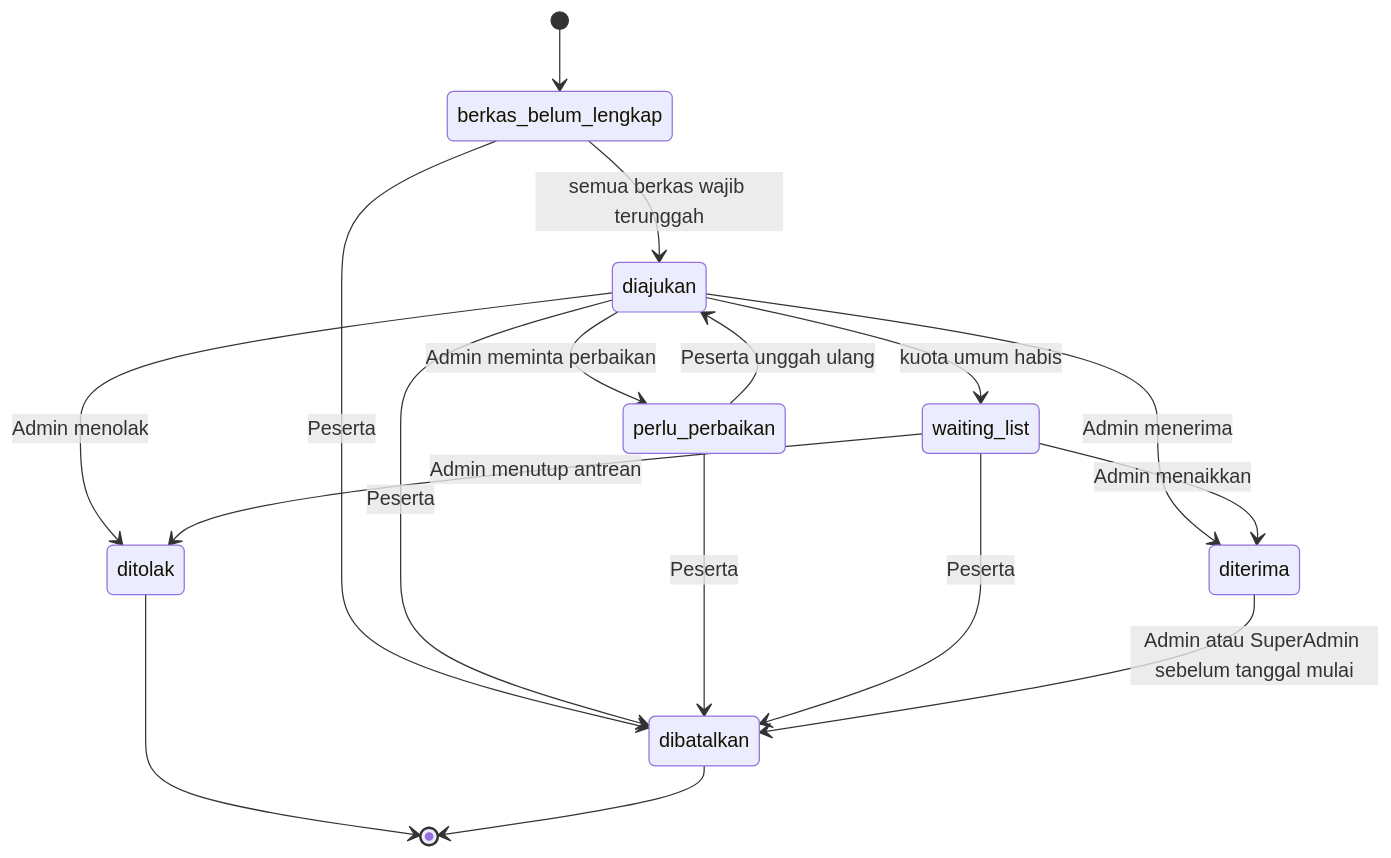
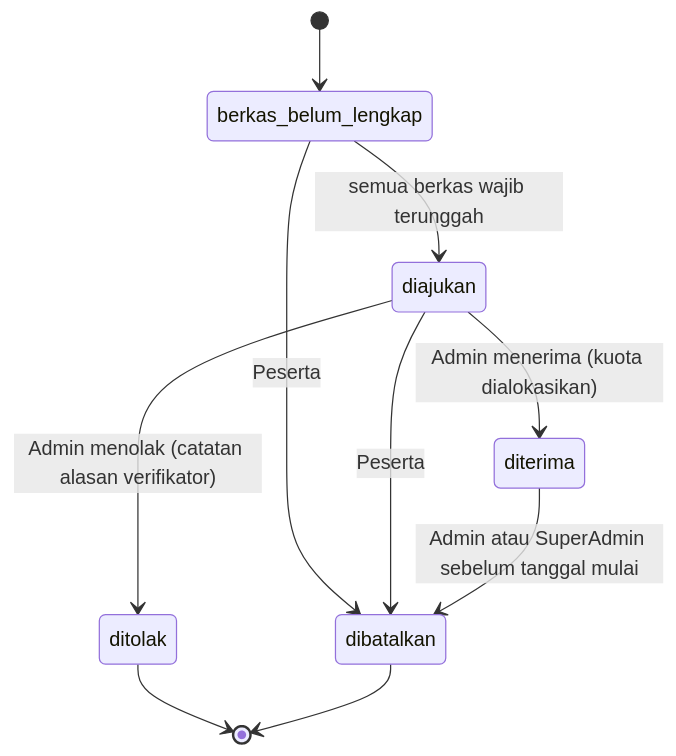
One commit to EvilAekt/MAGKOM changed the second of 3 diagrams in docs/01-PRD-MagKom.md. Above: the diagram before and after it, drawn with Mermaid. The commit also changed other lines of this file and 21 other files, not shown here.

````diff
--- a/docs/01-PRD-MagKom.md
+++ b/docs/01-PRD-MagKom.md
@@ -328,19 +334,12 @@
 ```mermaid
 stateDiagram-v2
     [*] --> berkas_belum_lengkap
     berkas_belum_lengkap --> diajukan: semua berkas wajib terunggah
-    diajukan --> perlu_perbaikan: Admin meminta perbaikan
-    perlu_perbaikan --> diajukan: Peserta unggah ulang
-    diajukan --> diterima: Admin menerima
-    diajukan --> waiting_list: kuota umum habis
-    diajukan --> ditolak: Admin menolak
-    waiting_list --> diterima: Admin menaikkan
-    waiting_list --> ditolak: Admin menutup antrean
+    diajukan --> diterima: Admin menerima (kuota dialokasikan)
+    diajukan --> ditolak: Admin menolak (catatan alasan verifikator)
     berkas_belum_lengkap --> dibatalkan: Peserta
     diajukan --> dibatalkan: Peserta
-    perlu_perbaikan --> dibatalkan: Peserta
-    waiting_list --> dibatalkan: Peserta
     diterima --> dibatalkan: Admin atau SuperAdmin sebelum tanggal mulai
     ditolak --> [*]
     dibatalkan --> [*]
 ```
````
